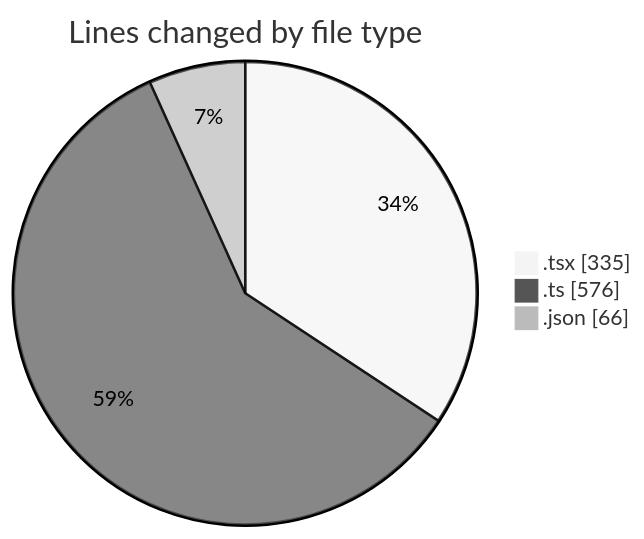
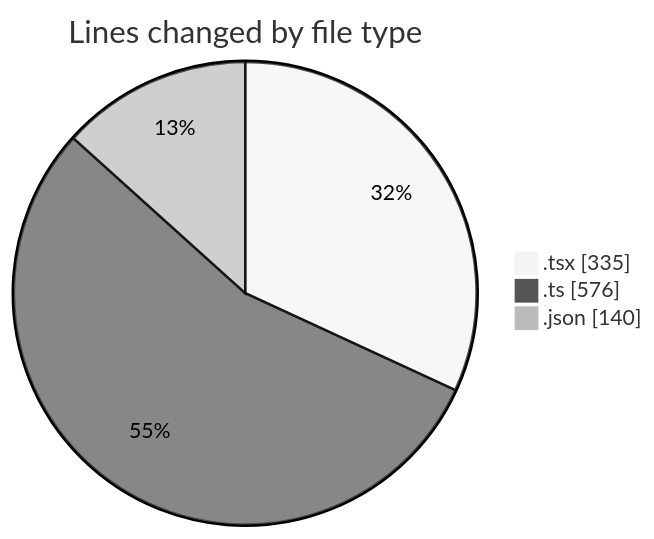
Before and after one commit to momahboobian/code-tracking: the first of 2 diagrams in 2026-03-27/cda/README.md, drawn with Mermaid (neutral theme). The commit also changed other lines of this file and 1 other file, not shown here.

````diff
--- a/2026-03-27/cda/README.md
+++ b/2026-03-27/cda/README.md
@@ -24,7 +25,7 @@
 ```mermaid
 pie showData
 title Lines changed by file type
 ".tsx" : 335
 ".ts" : 576
-".json" : 66
+".json" : 140
 ```
````
